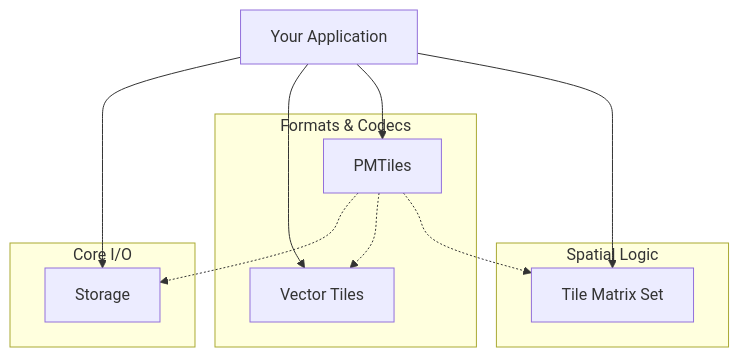
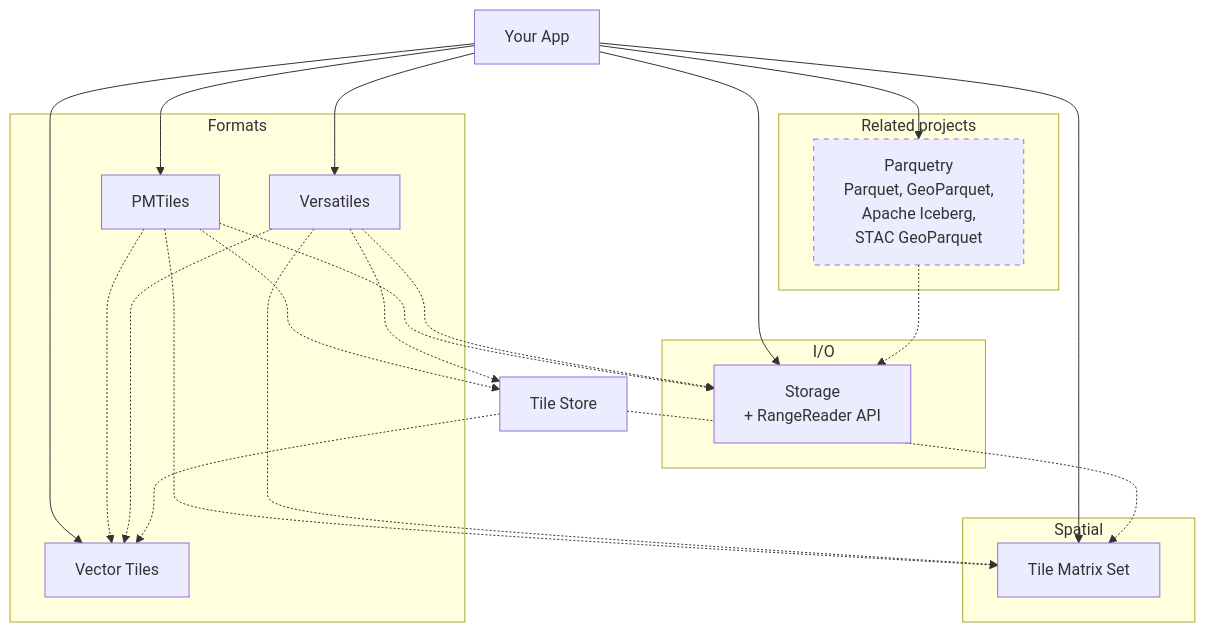
One commit to tileverse-io/tileverse changed the diagram in README.md. Above: the diagram before and after it, drawn with Mermaid. The commit also changed other lines of this file and 4 other files, not shown here.

````diff
--- a/README.md
+++ b/README.md
@@ -128,26 +29,49 @@
 ```mermaid
 graph TD
-    App[Your Application]
+    App[Your App]
 
-    subgraph "Core I/O"
-        ST[Storage]
+    subgraph "I/O"
+        ST[Storage<br/>+ RangeReader API]
     end
 
-    subgraph "Formats & Codecs"
+    subgraph "Formats"
         VT[Vector Tiles]
         PMT[PMTiles]
+        VER[Versatiles]
     end
 
-    subgraph "Spatial Logic"
+    subgraph "Spatial"
         TMS[Tile Matrix Set]
+    end
+
+    TS[Tile Store]
+
+    subgraph "Related projects"
+        PQ["Parquetry<br/>Parquet, GeoParquet,<br/>Apache Iceberg,<br/>STAC GeoParquet"]
     end
 
     App --> ST
     App --> VT
     App --> PMT
+    App --> VER
     App --> TMS
 
     PMT -.-> ST
     PMT -.-> VT
     PMT -.-> TMS
+    PMT -.-> TS
+
+    VER -.-> ST
+    VER -.-> VT
+    VER -.-> TMS
+    VER -.-> TS
+
+    TS -.-> VT
+    TS -.-> TMS
+
+    App --> PQ
+    PQ -.-> ST
+
+    classDef external stroke-dasharray: 5 5
+    class PQ external
 ```
````
